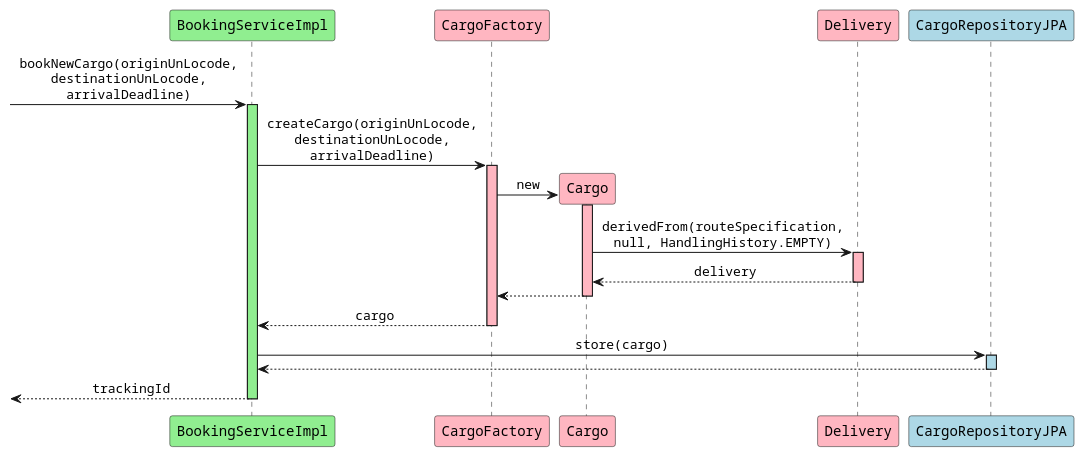
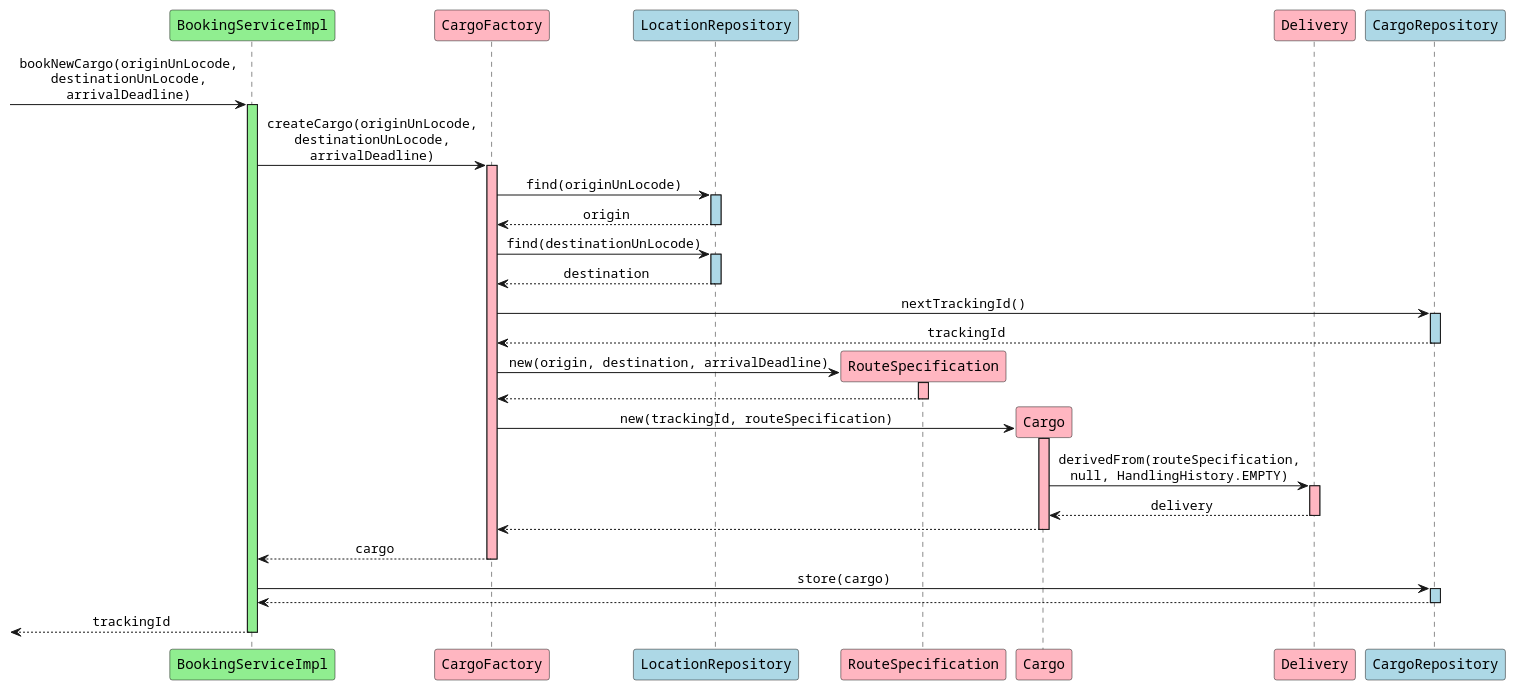
The diagram in diagrams/BookingServiceImpl_bookNewCargo.puml (aowss/dddsample-core), drawn with PlantUML before and after one commit. The commit also changed 477 other files, not shown here.

```diff
--- a/diagrams/BookingServiceImpl_bookNewCargo.puml
+++ b/diagrams/BookingServiceImpl_bookNewCargo.puml
@@ -1,39 +1,63 @@
 @startuml
 skinparam monochrome false
 skinparam defaultFontName Courier
 skinparam sequenceMessageAlign center
 
 participant "BookingServiceImpl" as bs #lightgreen
 participant "CargoFactory" as cf #lightpink
+participant "LocationRepository" as lr #lightblue
+participant "RouteSpecification" as rs #lightpink
 participant "Cargo" as c #lightpink
 participant "Delivery" as d #lightpink
-participant "CargoRepositoryJPA" as cr #lightblue
+participant "CargoRepository" as cr #lightblue
 
 [-> bs: bookNewCargo(originUnLocode,\ndestinationUnLocode,\narrivalDeadline)
 activate bs #lightgreen
 
 bs -> cf: createCargo(originUnLocode,\ndestinationUnLocode,\narrivalDeadline)
 activate cf #lightpink
+
+cf -> lr: find(originUnLocode)
+activate lr #lightblue
+lr --> cf: origin
+deactivate lr
+
+cf -> lr: find(destinationUnLocode)
+activate lr #lightblue
+lr --> cf: destination
+deactivate lr
+
+cf -> cr: nextTrackingId()
+activate cr #lightblue
+cr --> cf: trackingId
+deactivate cr
+
+create rs
+cf -> rs: new(origin, destination, arrivalDeadline)
+activate rs #lightpink
+rs --> cf
+deactivate rs
+
 create c
-cf -> c: new
+cf -> c: new(trackingId, routeSpecification)
 activate c #lightpink
 
 c -> d: derivedFrom(routeSpecification,\nnull, HandlingHistory.EMPTY)
 activate d #lightpink
 d --> c: delivery
 deactivate d
 
 c --> cf
 deactivate c
 cf --> bs: cargo
 deactivate cf
 
 bs -> cr: store(cargo)
 activate cr #lightblue
 cr --> bs
 deactivate cr
 
 [<-- bs: trackingId
 deactivate bs
 
 @enduml 
```
